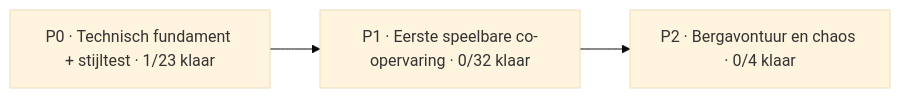
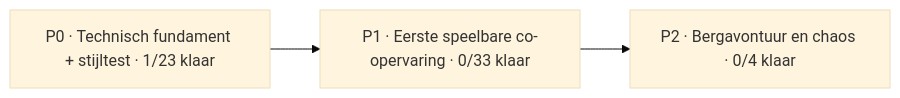
One commit to mlemson/conductor-chaos changed the diagram in Docs/PROJECT_BOARD.md. Above: the diagram before and after it, drawn with Mermaid (base theme). The commit also changed other lines of this file, not shown here.

````diff
--- a/Docs/PROJECT_BOARD.md
+++ b/Docs/PROJECT_BOARD.md
@@ -13,7 +13,7 @@
 ```mermaid
 flowchart LR
     P0["P0 · Technisch fundament + stijltest · 1/23 klaar"]
-    P1["P1 · Eerste speelbare co-opervaring · 0/32 klaar"]
+    P1["P1 · Eerste speelbare co-opervaring · 0/33 klaar"]
     P2["P2 · Bergavontuur en chaos · 0/4 klaar"]
     P0 --> P1 --> P2
 ```
````
